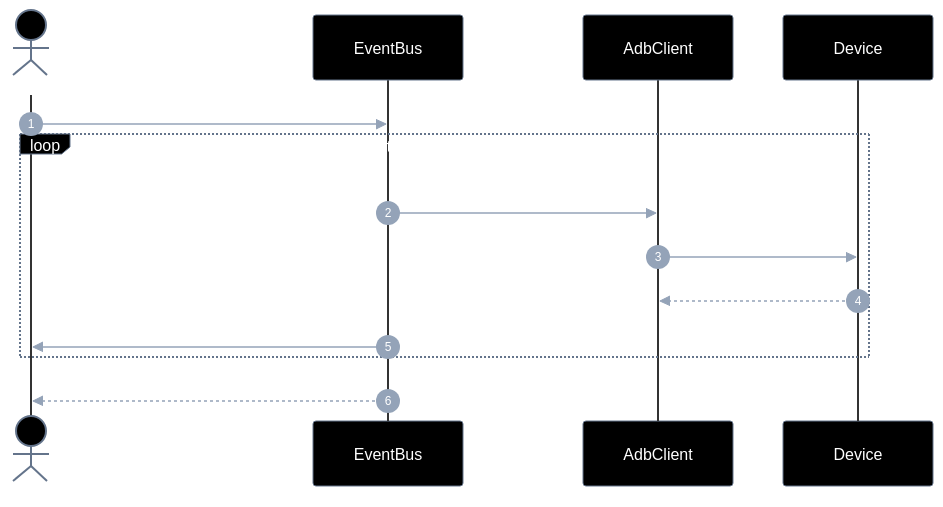
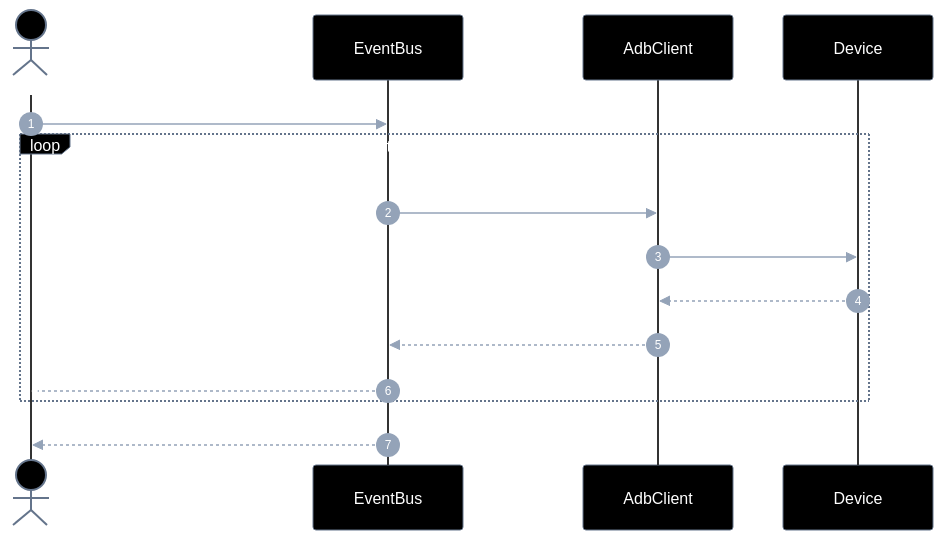
One commit to laerciogermano/workstation changed the second of 5 diagrams in connectmax/screen-robot/epics/EP-02-eventos-de-ui/5.implementation-plan.md. Above: the diagram before and after it, drawn with Mermaid. The commit also changed other lines of this file and 5 other files, not shown here.

Commit message:
Completa retornos faltantes em todos os diagramas de sequência dos planos.

````diff
--- a/connectmax/screen-robot/epics/EP-02-eventos-de-ui/5.implementation-plan.md
+++ b/connectmax/screen-robot/epics/EP-02-eventos-de-ui/5.implementation-plan.md
@@ -133,58 +135,59 @@
 ```mermaid
 ---
 config:
   theme: base
   themeVariables:
     darkMode: true
     background: '#000000'
     primaryColor: '#000000'
     primaryTextColor: '#ffffff'
     primaryBorderColor: '#64748b'
     secondaryColor: '#000000'
     secondaryTextColor: '#ffffff'
     secondaryBorderColor: '#64748b'
     tertiaryColor: '#000000'
     tertiaryTextColor: '#ffffff'
     tertiaryBorderColor: '#64748b'
     lineColor: '#64748b'
     textColor: '#ffffff'
     mainBkg: '#000000'
     nodeBorder: '#64748b'
     clusterBkg: '#000000'
     clusterBorder: '#333333'
     titleColor: '#ffffff'
     edgeLabelBackground: '#000000'
     actorBkg: '#000000'
     actorBorder: '#64748b'
     actorTextColor: '#ffffff'
     actorLineColor: '#333333'
     signalColor: '#94a3b8'
     signalTextColor: '#ffffff'
     labelBoxBkgColor: '#000000'
     labelBoxBorderColor: '#64748b'
     labelTextColor: '#ffffff'
     loopTextColor: '#ffffff'
     noteBorderColor: '#64748b'
     noteBkgColor: '#111111'
     noteTextColor: '#ffffff'
     activationBorderColor: '#64748b'
     activationBkgColor: '#1a1a1a'
     sequenceNumberColor: '#ffffff'
     classText: '#ffffff'
 ---
 sequenceDiagram
   autonumber
   actor Dev as Caller
   participant E as EventBus
   participant A as AdbClient
   participant D as Device
 
   Dev->>E: waitForAppForeground(serial, pkg, opts)
   loop até foreground ou timeout
     E->>A: dumpsys window / pidof pkg
     A->>D: adb shell
     D-->>A: package ativo?
-    E->>Dev: onEvent(type app_poll)
+    A-->>E: evidência
+    E--)Dev: onEvent(type app_poll)
   end
   E-->>Dev: { foreground: true, package }
 ```
````
